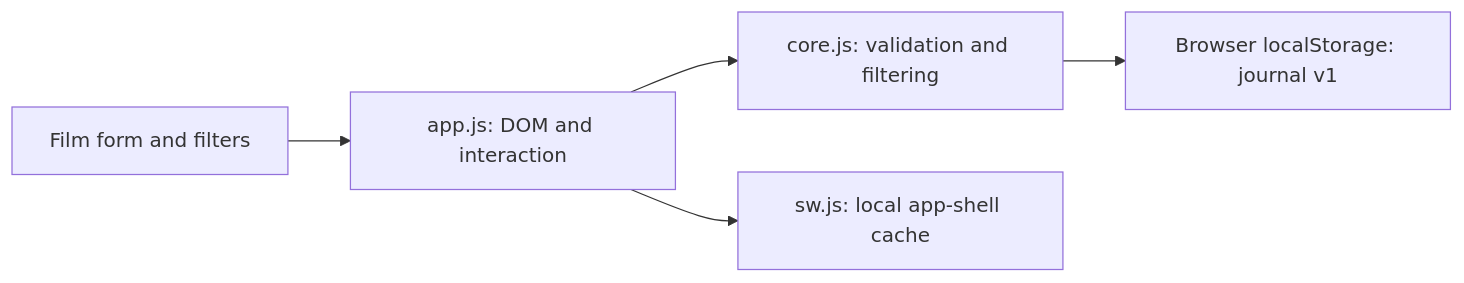
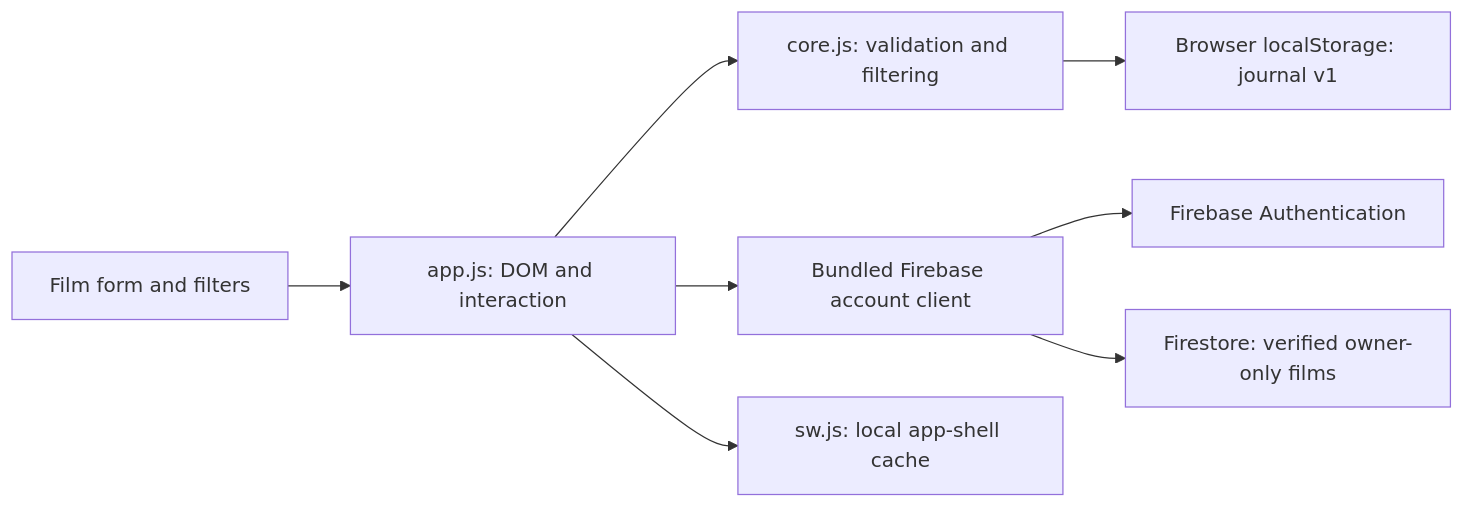
One commit to SadaqueKhanProjects/movie-rating-web-app changed the diagram in README.md. Above: the diagram before and after it, drawn with Mermaid. The commit also changed other lines of this file and 11 other files, not shown here.

````diff
--- a/README.md
+++ b/README.md
@@ -47,7 +56,10 @@
 ```mermaid
 flowchart LR
   User[Film form and filters] --> UI[app.js: DOM and interaction]
   UI --> Core[core.js: validation and filtering]
   Core --> Store[Browser localStorage: journal v1]
+  UI --> Accounts[Bundled Firebase account client]
+  Accounts --> Auth[Firebase Authentication]
+  Accounts --> Cloud[Firestore: verified owner-only films]
   UI --> SW[sw.js: local app-shell cache]
 ```
````
